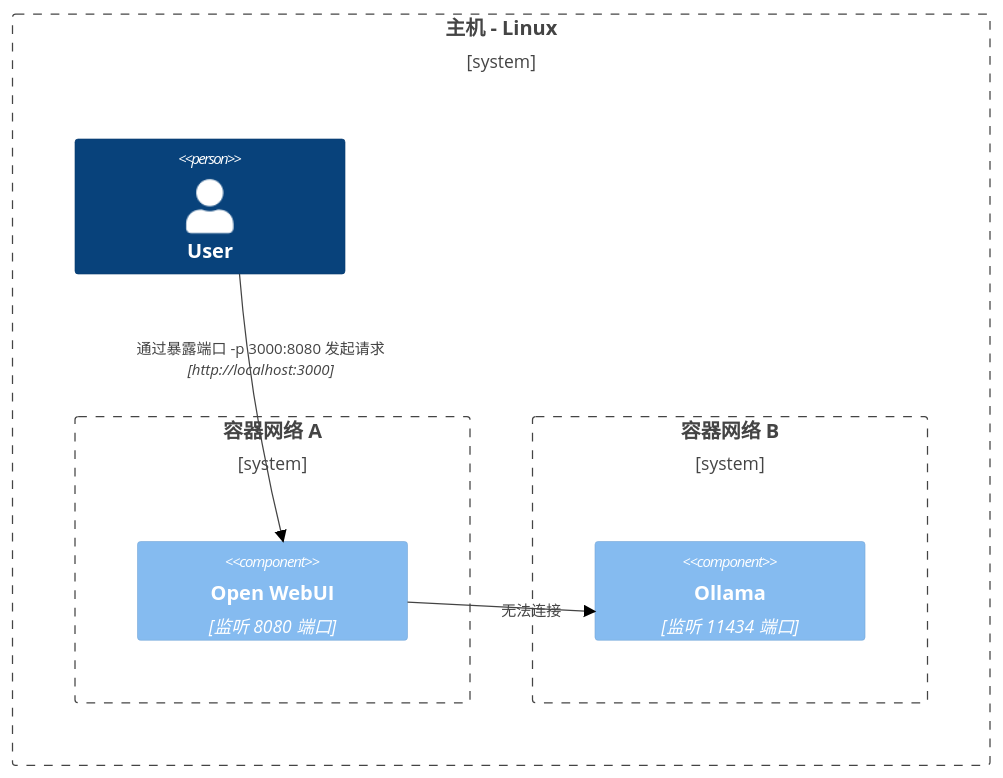
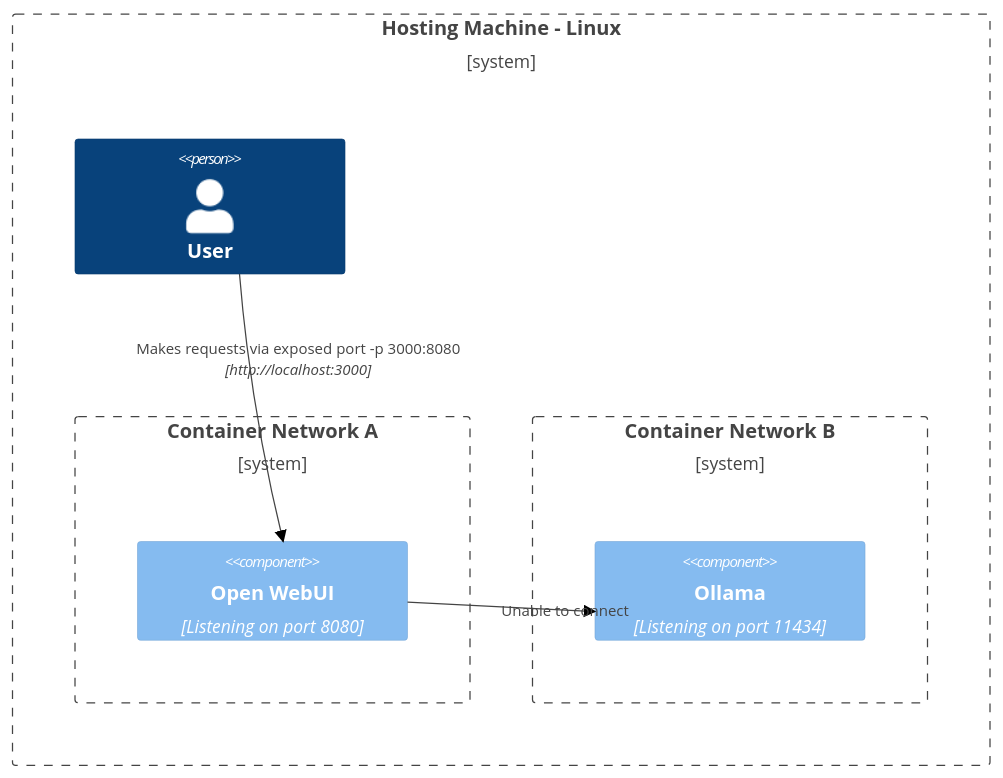
One commit to SMYQH/openwebuidocs changed the seventh of 8 diagrams in zh-cn/docs/reference/network-diagrams.mdx. Above: the diagram before and after it, drawn with Mermaid (neutral theme). The commit also changed other lines of this file and 116 other files, not shown here.

````diff
--- a/zh-cn/docs/reference/network-diagrams.mdx
+++ b/zh-cn/docs/reference/network-diagrams.mdx
@@ -159,15 +159,15 @@
 ```mermaid
 C4Context
-Boundary(b0, "主机 - Linux") {
+Boundary(b0, "Hosting Machine - Linux") {
    Person(user, "User")
-   Boundary(b2, "容器网络 A") {
-      Component(openwebui, "Open WebUI", "监听 8080 端口")
+   Boundary(b2, "Container Network A") {
+      Component(openwebui, "Open WebUI", "Listening on port 8080")
    }
-   Boundary(b3, "容器网络 B") {
-      Component(ollama, "Ollama", "监听 11434 端口")
+   Boundary(b3, "Container Network B") {
+      Component(ollama, "Ollama", "Listening on port 11434")
    }
 }
-Rel(openwebui, ollama, "无法连接")
-Rel(user, openwebui, "通过暴露端口 -p 3000:8080 发起请求", "http://localhost:3000")
+Rel(openwebui, ollama, "Unable to connect")
+Rel(user, openwebui, "Makes requests via exposed port -p 3000:8080", "http://localhost:3000")
 UpdateRelStyle(user, openwebui, $offsetX="-100", $offsetY="-50")
 ```
````
